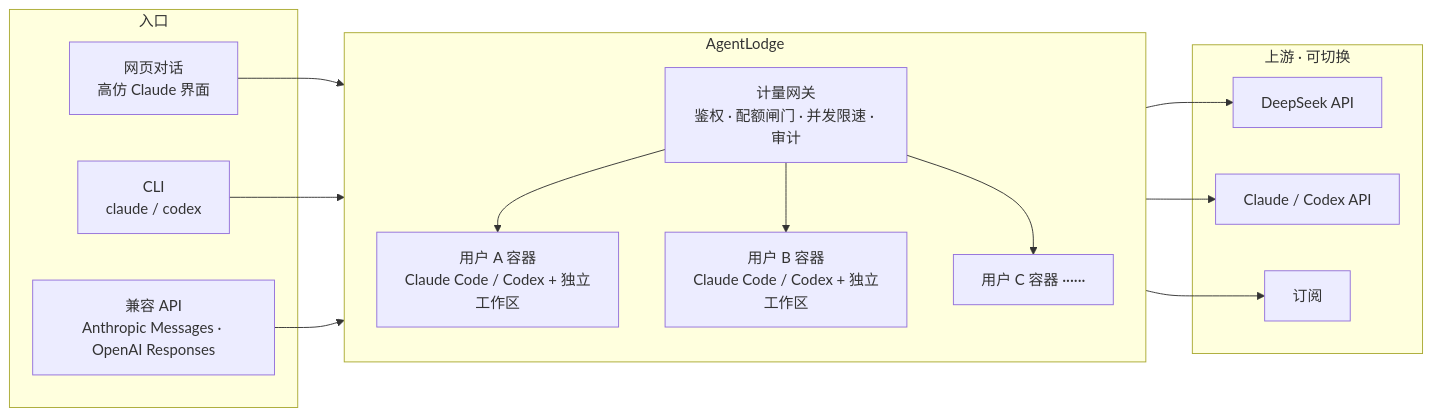
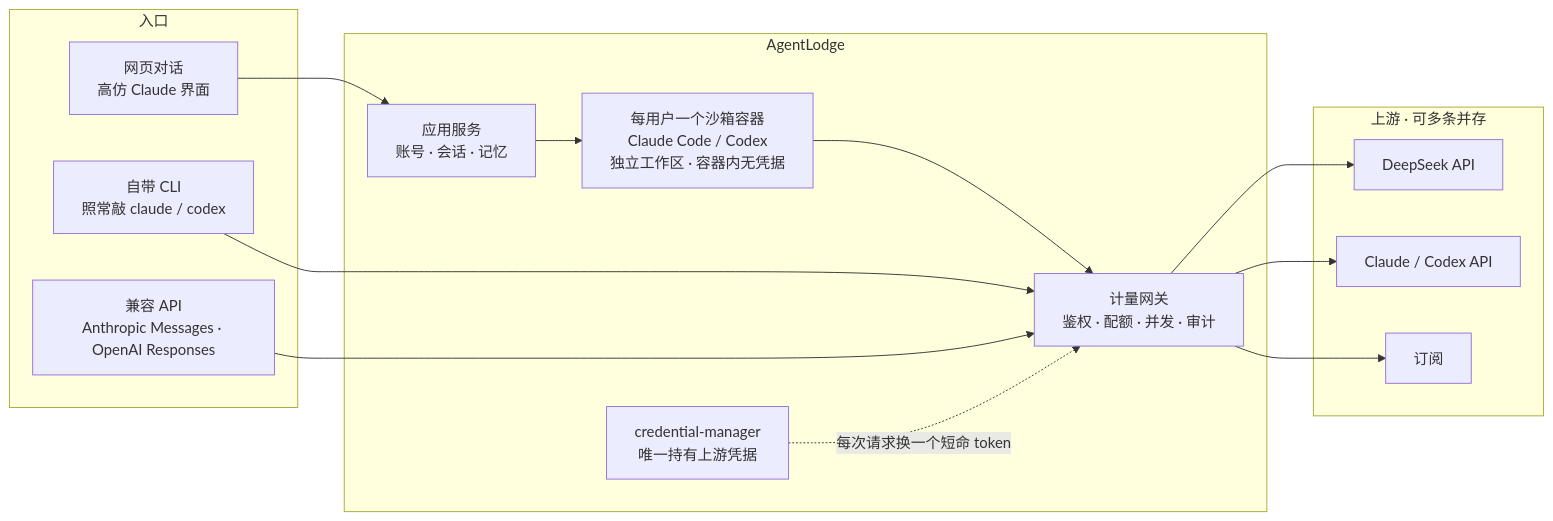
One commit to wrfly/AgentLodge changed the diagram in README.md. Above: the diagram before and after it, drawn with Mermaid. The commit also changed 1 other file, not shown here.

Commit message:
readme: the request path as it is, drawn without crossings
The diagram sent every entry point to the metering gateway and had the gateway drive
the user containers, which is backwards: web chat goes application → the user's
container → gateway, and only a user's own CLI and the compatible APIs hit the gateway
directly. The three containers are one node, credential-manager appears since the
README leans on it, and two invisible links keep the entry points in their column.
Rendered with mermaid 11 in both languages: three columns, no crossing lines.

````diff
--- a/README.md
+++ b/README.md
@@ -13,32 +13,29 @@
 ```mermaid
 flowchart LR
-    subgraph U[入口]
+    subgraph IN[入口]
         W["网页对话<br/>高仿 Claude 界面"]
-        C["CLI<br/>claude / codex"]
+        C["自带 CLI<br/>照常敲 claude / codex"]
         A["兼容 API<br/>Anthropic Messages · OpenAI Responses"]
     end
 
-    subgraph L[AgentLodge]
-        direction TB
-        GW["计量网关<br/>鉴权 · 配额闸门 · 并发限速 · 审计"]
-        G1["用户 A 容器<br/>Claude Code / Codex + 独立工作区"]
-        G2["用户 B 容器<br/>Claude Code / Codex + 独立工作区"]
-        G3["用户 C 容器 ······"]
-        GW --> G1
-        GW --> G2
-        GW --> G3
+    subgraph AL[AgentLodge]
+        APP["应用服务<br/>账号 · 会话 · 记忆"]
+        BOX["每用户一个沙箱容器<br/>Claude Code / Codex<br/>独立工作区 · 容器内无凭据"]
+        GW["计量网关<br/>鉴权 · 配额 · 并发 · 审计"]
+        CM["credential-manager<br/>唯一持有上游凭据"]
     end
 
-    subgraph U0[上游 · 可切换]
+    subgraph UP[上游 · 可多条并存]
         DS["DeepSeek API"]
         CL["Claude / Codex API"]
         SB["订阅"]
     end
 
-    W --> GW
+    W --> APP --> BOX --> GW
     C --> GW
     A --> GW
-    GW --> DS
-    GW --> CL
-    GW --> SB
+    CM -. 每次请求换一个短命 token .-> GW
+    GW --> DS & CL & SB
+    C ~~~ APP
+    A ~~~ APP
 ```
````
